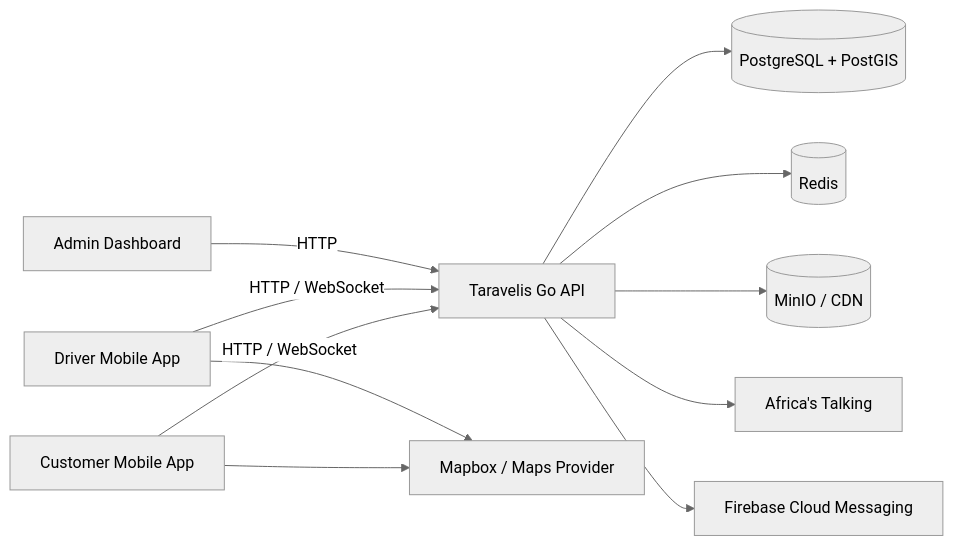
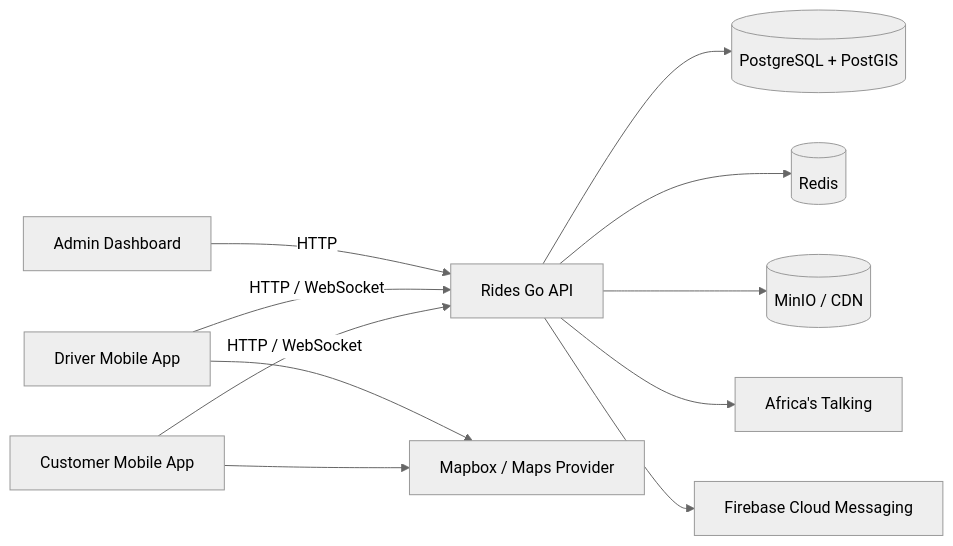
The first of 11 diagrams in api-server/docs/diagrams/README.md (Startup2Team/Rides-api), drawn with Mermaid (neutral theme) before and after one commit. The commit also changed 35 other files, not shown here.

````diff
--- a/api-server/docs/diagrams/README.md
+++ b/api-server/docs/diagrams/README.md
@@ -7,24 +7,24 @@
 ```mermaid
 flowchart LR
   Customer["Customer Mobile App"]
   Driver["Driver Mobile App"]
   Admin["Admin Dashboard"]
-  API["Taravelis Go API"]
+  API["Rides Go API"]
   Postgres[("PostgreSQL + PostGIS")]
   Redis[("Redis")]
   ObjectStore[("MinIO / CDN")]
   AT["Africa's Talking"]
   FCM["Firebase Cloud Messaging"]
   Maps["Mapbox / Maps Provider"]
 
   Customer -->|"HTTP / WebSocket"| API
   Driver -->|"HTTP / WebSocket"| API
   Admin -->|"HTTP"| API
   API --> Postgres
   API --> Redis
   API --> ObjectStore
   API --> AT
   API --> FCM
   Customer --> Maps
   Driver --> Maps
 ```
````
